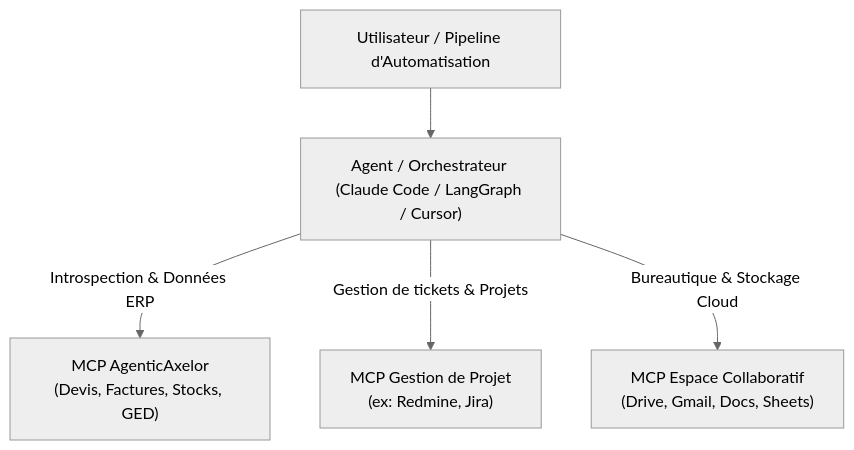
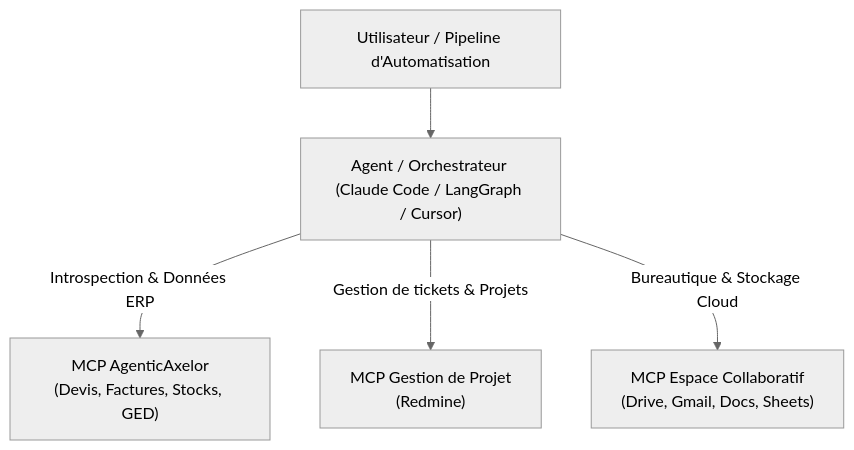
One commit to PabloBuilder/AgenticAxelor changed the diagram in README.md. Above: the diagram before and after it, drawn with Mermaid (neutral theme). The commit also changed other lines of this file, not shown here.

````diff
--- a/README.md
+++ b/README.md
@@ -28,8 +115,8 @@
 ```mermaid
 graph TD
     User["Utilisateur / Pipeline d'Automatisation"] --> Orchestrator["Agent / Orchestrateur (Claude Code / LangGraph / Cursor)"]
     
     Orchestrator -->|Introspection & Données ERP| MCP_Axelor["MCP AgenticAxelor\n(Devis, Factures, Stocks, GED)"]
-    Orchestrator -->|Gestion de tickets & Projets| MCP_Redmine["MCP Gestion de Projet\n(ex: Redmine, Jira)"]
+    Orchestrator -->|Gestion de tickets & Projets| MCP_Redmine["MCP Gestion de Projet\n(Redmine)"]
     Orchestrator -->|Bureautique & Stockage Cloud| MCP_Google["MCP Espace Collaboratif\n(Drive, Gmail, Docs, Sheets)"]
 ```
````
